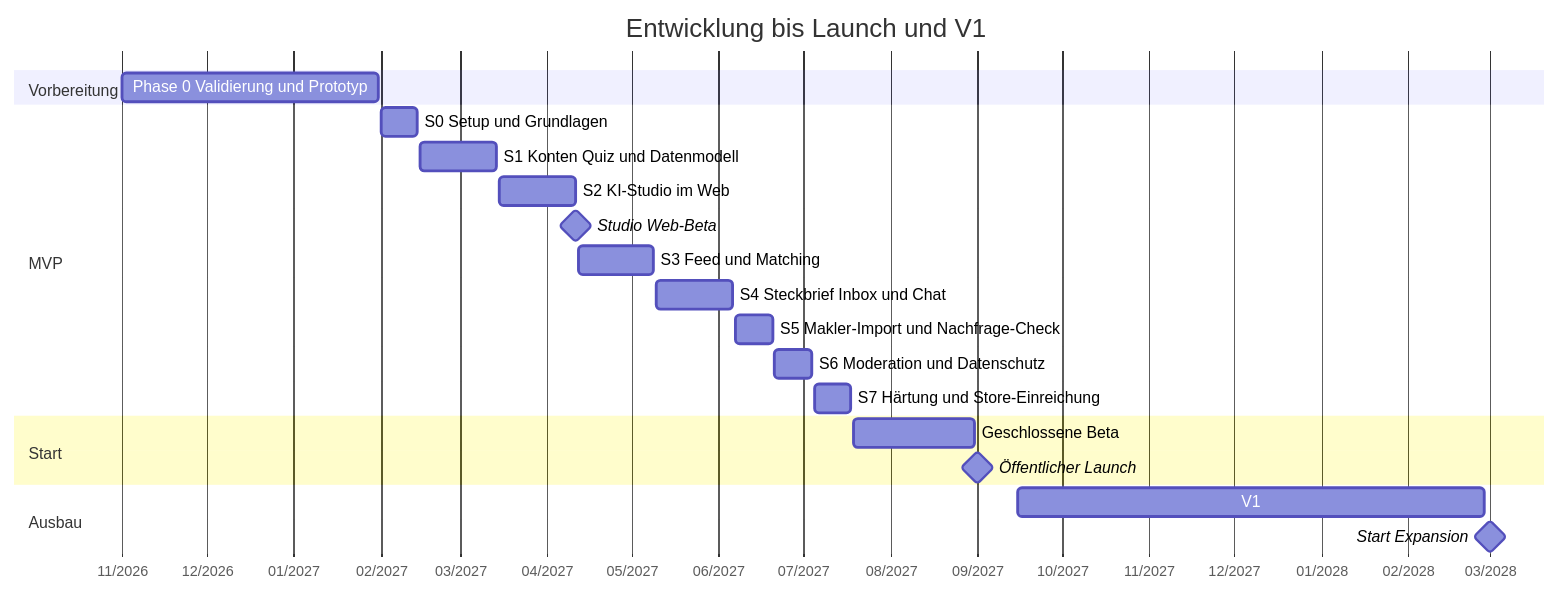
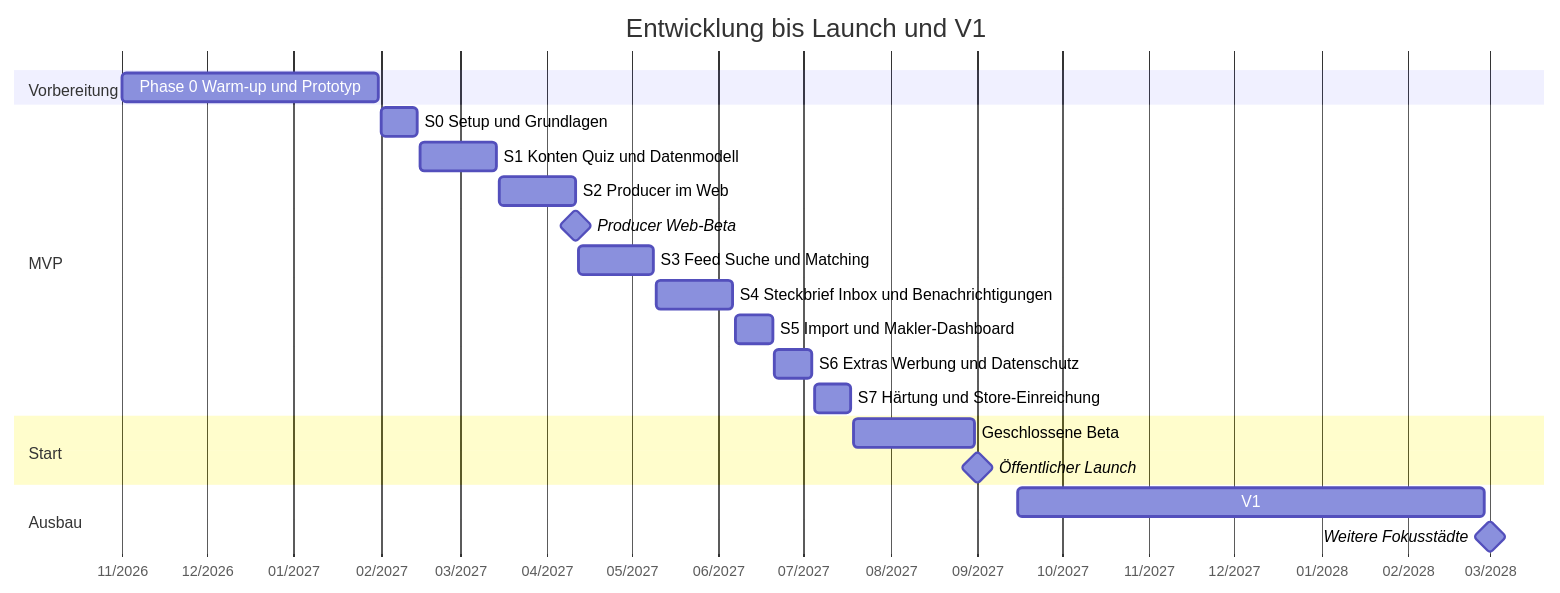
One commit to jokpr/immocrush changed the fourth of 4 diagrams in docs/08-anwendungsentwicklungsplan.md. Above: the diagram before and after it, drawn with Mermaid. The commit also changed other lines of this file and 11 other files, not shown here.

Commit message:
Docs an Gründer-Input vom 18.10.2026 angepasst: kostenlos für alle, Kauf und Miete, Producer mit Video-Upload, Extras und Werbung, Vollgas mit Fokus

````diff
--- a/docs/08-anwendungsentwicklungsplan.md
+++ b/docs/08-anwendungsentwicklungsplan.md
@@ -230,24 +281,24 @@
 ```mermaid
 gantt
     title Entwicklung bis Launch und V1
     dateFormat YYYY-MM-DD
     axisFormat %m/%Y
     section Vorbereitung
-    Phase 0 Validierung und Prototyp :p0, 2026-11-01, 2027-01-31
+    Phase 0 Warm-up und Prototyp :p0, 2026-11-01, 2027-01-31
     section MVP
     S0 Setup und Grundlagen :s0, 2027-02-01, 2027-02-14
     S1 Konten Quiz und Datenmodell :s1, 2027-02-15, 2027-03-14
-    S2 KI-Studio im Web :s2, 2027-03-15, 2027-04-11
-    Studio Web-Beta :milestone, m1, 2027-04-11, 0d
-    S3 Feed und Matching :s3, 2027-04-12, 2027-05-09
-    S4 Steckbrief Inbox und Chat :s4, 2027-05-10, 2027-06-06
-    S5 Makler-Import und Nachfrage-Check :s5, 2027-06-07, 2027-06-20
-    S6 Moderation und Datenschutz :s6, 2027-06-21, 2027-07-04
+    S2 Producer im Web :s2, 2027-03-15, 2027-04-11
+    Producer Web-Beta :milestone, m1, 2027-04-11, 0d
+    S3 Feed Suche und Matching :s3, 2027-04-12, 2027-05-09
+    S4 Steckbrief Inbox und Benachrichtigungen :s4, 2027-05-10, 2027-06-06
+    S5 Import und Makler-Dashboard :s5, 2027-06-07, 2027-06-20
+    S6 Extras Werbung und Datenschutz :s6, 2027-06-21, 2027-07-04
     S7 Härtung und Store-Einreichung :s7, 2027-07-05, 2027-07-18
     section Start
     Geschlossene Beta :beta, 2027-07-19, 2027-08-31
     Öffentlicher Launch :milestone, m2, 2027-09-01, 0d
     section Ausbau
     V1 :v1, 2027-09-15, 2028-02-28
-    Start Expansion :milestone, m3, 2028-03-01, 0d
+    Weitere Fokusstädte :milestone, m3, 2028-03-01, 0d
 ```
````
